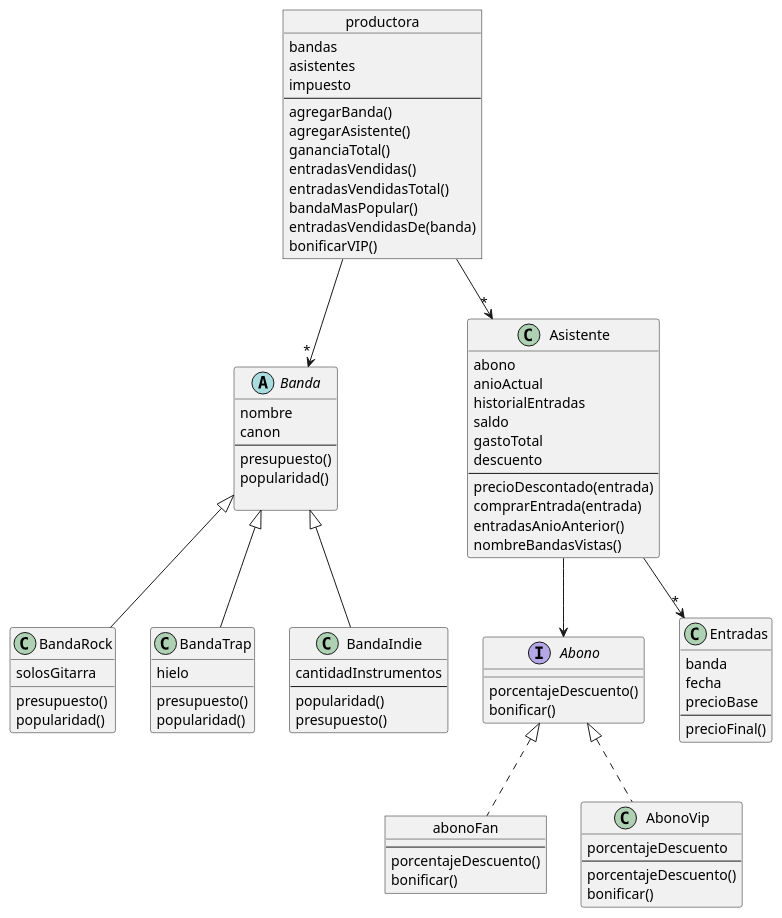
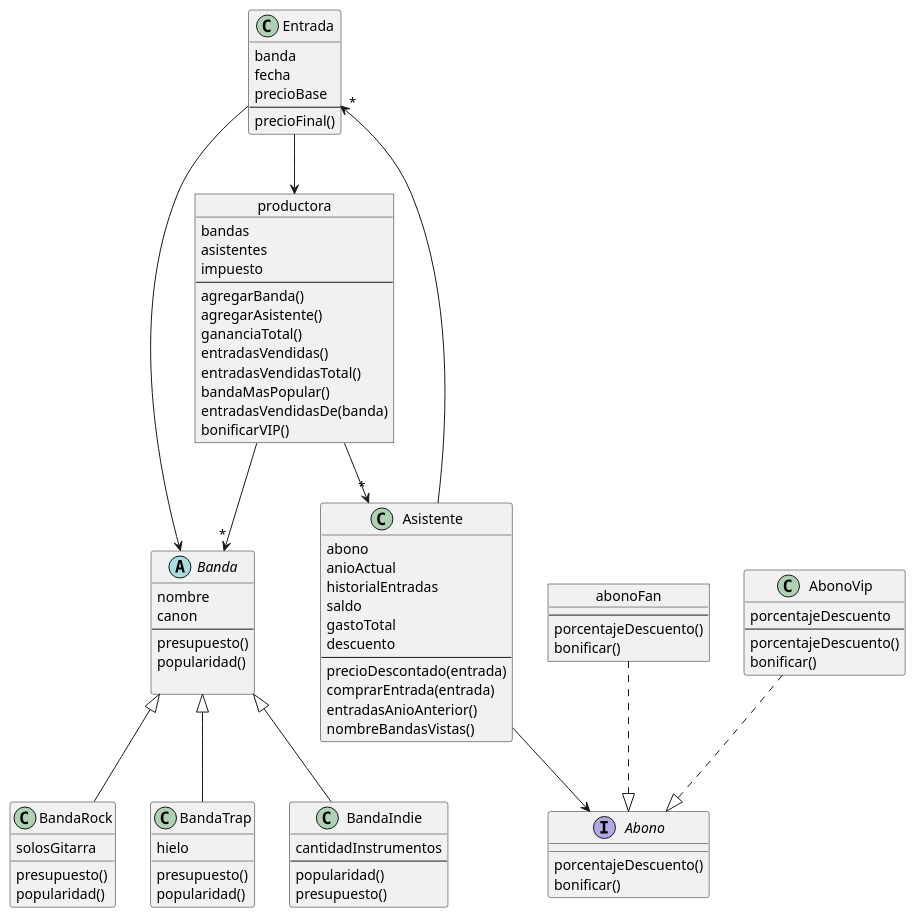
The diagram in TPObjetosIndividual/diagrama.plantuml (DiegoAlvarezEguren/TP-individual-Objetos-26-10), drawn with PlantUML before and after one commit.

```diff
--- a/TPObjetosIndividual/diagrama.plantuml
+++ b/TPObjetosIndividual/diagrama.plantuml
@@ -1,83 +1,85 @@
 @startuml
-class Entradas{
+class Entrada{
     banda
     fecha
     precioBase
     --
     precioFinal()
 }
 object productora {
     bandas
     asistentes
     impuesto
     --
     agregarBanda()
     agregarAsistente()
     gananciaTotal()
     entradasVendidas()
     entradasVendidasTotal()
     bandaMasPopular()
     entradasVendidasDe(banda)
     bonificarVIP()
 }
 abstract Banda{
     nombre
     canon
     --
     presupuesto()
     popularidad()
 
 }
 class BandaRock extends Banda{
     solosGitarra
     presupuesto()
     popularidad()
 }
 class BandaTrap extends Banda{
     hielo
     presupuesto()
     popularidad()
 }
 class BandaIndie extends Banda{
     cantidadInstrumentos
     --
     popularidad()
     presupuesto()
 }
 class Asistente{
     abono
     anioActual
     historialEntradas
     saldo
     gastoTotal
     descuento
     --
     precioDescontado(entrada)
     comprarEntrada(entrada)
     entradasAnioAnterior()
     nombreBandasVistas()
 }
 interface Abono  {
     porcentajeDescuento()
     bonificar()
 }
 
 object abonoFan {
     --
     porcentajeDescuento()
     bonificar()
 }
 
 class AbonoVip {
     porcentajeDescuento
     --
     porcentajeDescuento()
     bonificar()
 }
 productora --> "*" Asistente
 productora --> "*" Banda
-Asistente --> "*" Entradas
+Asistente --> "*" Entrada
 Asistente --> Abono
-abonoFan .u.|> Abono
-AbonoVip .u.|> Abono
+abonoFan ..|> Abono
+AbonoVip ..|> Abono
+Entrada -->productora
+Entrada --> Banda
 @enduml
```
